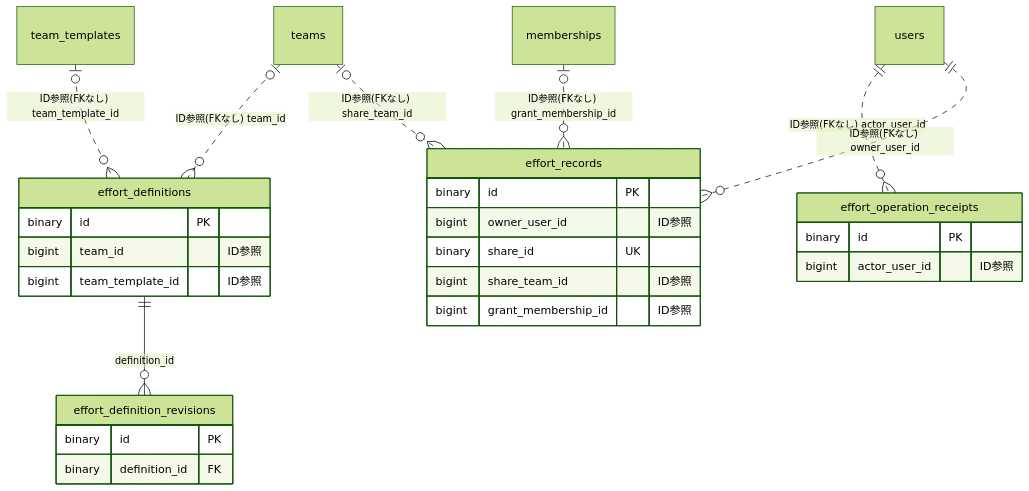
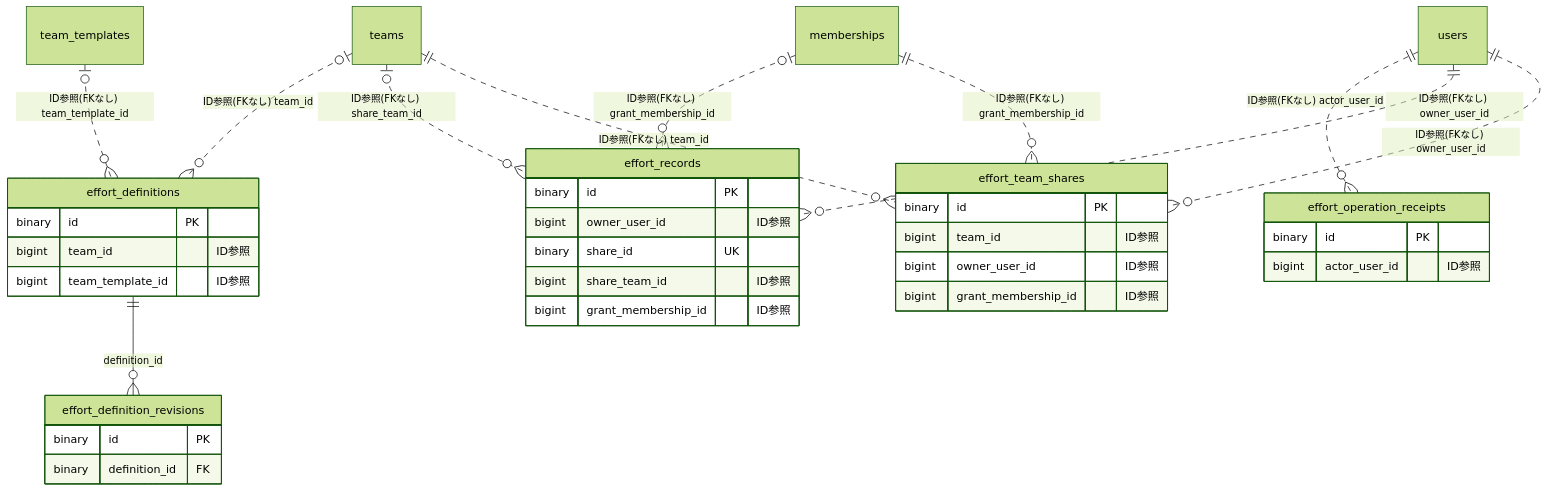
One commit to Mannschaft2026/mannschaft changed the diagram in docs/architecture/er/effortrecord.md. Above: the diagram before and after it, drawn with Mermaid (forest theme). The commit also changed other lines of this file and 5 other files, not shown here.

Commit message:
文書: F06.4.1 PR-3a の migration に合わせて E-R 図を再生成（CMP-261115-2145）

````diff
--- a/docs/architecture/er/effortrecord.md
+++ b/docs/architecture/er/effortrecord.md
@@ -12,34 +12,43 @@
 ```mermaid
 erDiagram
     effort_definition_revisions {
         binary id PK
         binary definition_id FK
     }
     effort_definitions {
         binary id PK
         bigint team_id "ID参照"
         bigint team_template_id "ID参照"
     }
     effort_operation_receipts {
         binary id PK
         bigint actor_user_id "ID参照"
     }
     effort_records {
         binary id PK
         bigint owner_user_id "ID参照"
         binary share_id UK
         bigint share_team_id "ID参照"
         bigint grant_membership_id "ID参照"
     }
+    effort_team_shares {
+        binary id PK
+        bigint team_id "ID参照"
+        bigint owner_user_id "ID参照"
+        bigint grant_membership_id "ID参照"
+    }
     memberships
     team_templates
     teams
     users
     effort_definitions ||--o{ effort_definition_revisions : "definition_id"
     team_templates |o..o{ effort_definitions : "ID参照(FKなし) team_template_id"
     teams |o..o{ effort_definitions : "ID参照(FKなし) team_id"
     users ||..o{ effort_operation_receipts : "ID参照(FKなし) actor_user_id"
     memberships |o..o{ effort_records : "ID参照(FKなし) grant_membership_id"
     teams |o..o{ effort_records : "ID参照(FKなし) share_team_id"
     users ||..o{ effort_records : "ID参照(FKなし) owner_user_id"
+    memberships ||..o{ effort_team_shares : "ID参照(FKなし) grant_membership_id"
+    teams ||..o{ effort_team_shares : "ID参照(FKなし) team_id"
+    users ||..o{ effort_team_shares : "ID参照(FKなし) owner_user_id"
 ```
````
